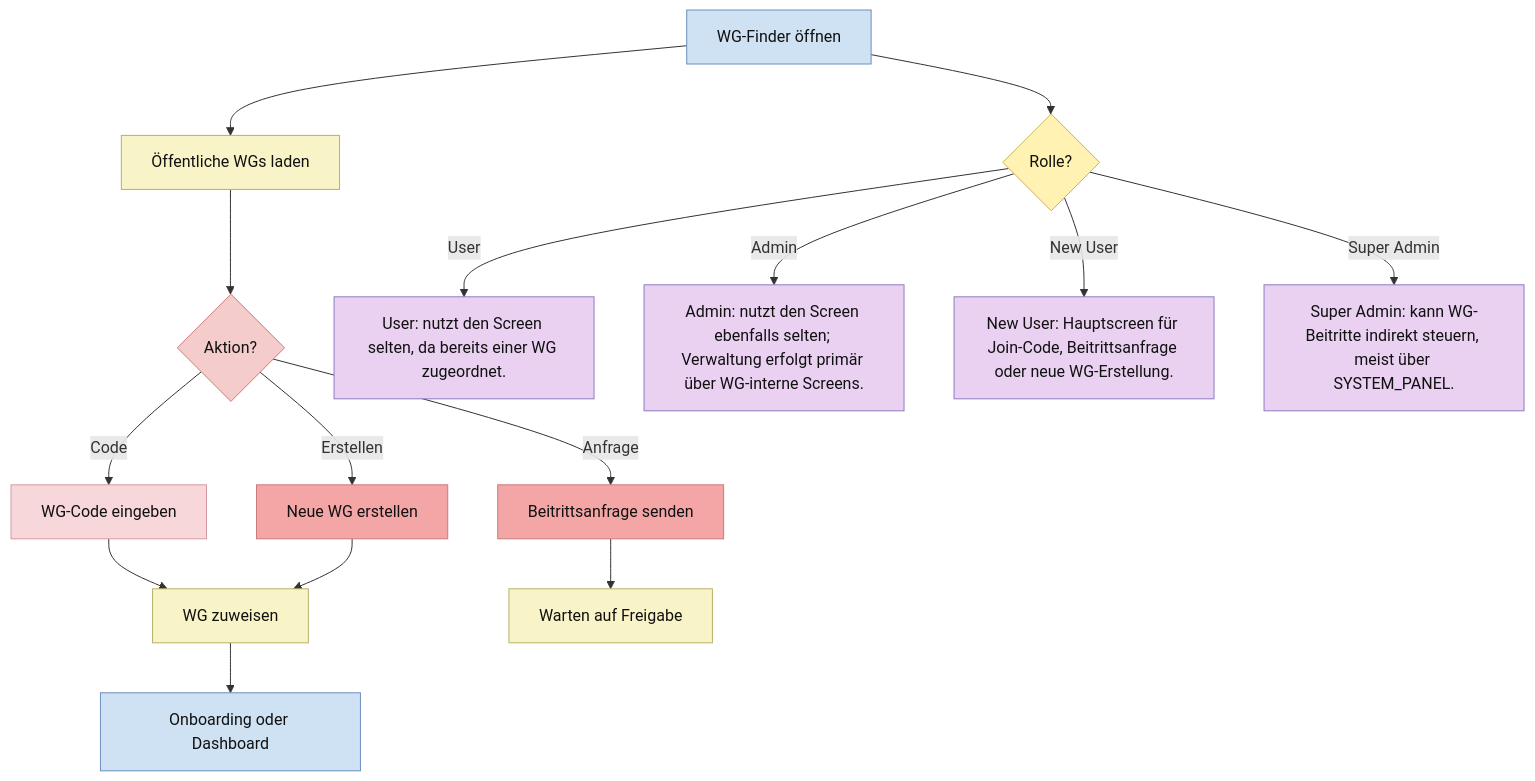
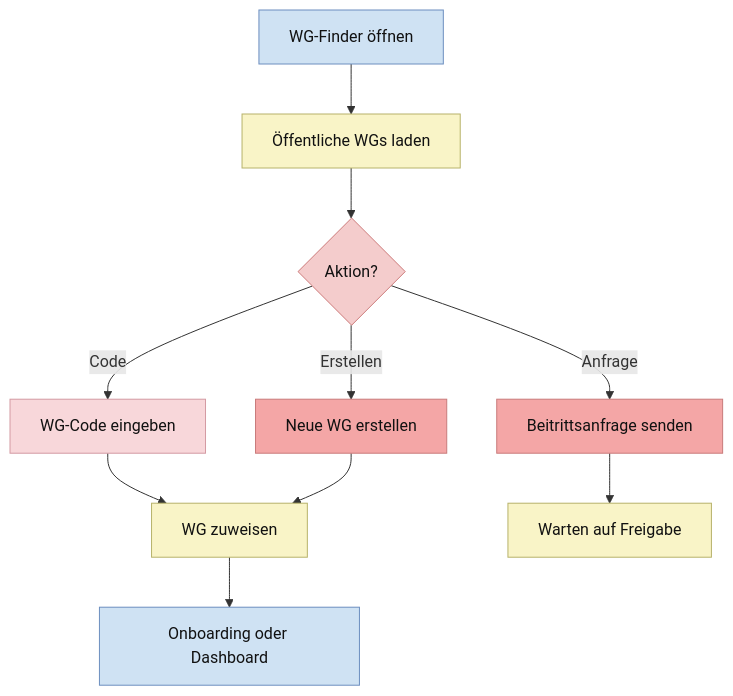
Before and after one commit to Nejy190501/WGManager: the ninth of 27 diagrams in ABLAUFDIAGRAMM.md, drawn with Mermaid. The commit also changed other lines of this file, not shown here.

````diff
--- a/ABLAUFDIAGRAMM.md
+++ b/ABLAUFDIAGRAMM.md
@@ -486,39 +395,26 @@
 ```mermaid
 flowchart TD
     A["WG-Finder öffnen"] --> B["Öffentliche WGs laden"]
     B --> C{"Aktion?"}
     C -->|Code| D["WG-Code eingeben"]
     C -->|Anfrage| E["Beitrittsanfrage senden"]
     C -->|Erstellen| F["Neue WG erstellen"]
     D --> G["WG zuweisen"]
     F --> G
     E --> H["Warten auf Freigabe"]
     G --> I["Onboarding oder Dashboard"]
-
-
-    A --> RLQ{"Rolle?"}
-    RLU["User: nutzt den Screen selten, da bereits einer WG zugeordnet."]
-    RLA["Admin: nutzt den Screen ebenfalls selten; Verwaltung erfolgt primär über WG-interne Screens."]
-    RLN["New User: Hauptscreen für Join-Code, Beitrittsanfrage oder neue WG-Erstellung."]
-    RLS["Super Admin: kann WG-Beitritte indirekt steuern, meist über SYSTEM_PANEL."]
-    RLQ -->|User| RLU
-    RLQ -->|Admin| RLA
-    RLQ -->|New User| RLN
-    RLQ -->|Super Admin| RLS
 
     classDef userAction fill:#ead1f2,stroke:#8e7cc3,color:#111;
     classDef systemAction fill:#f9f4c7,stroke:#b7b26a,color:#111;
     classDef userDecision fill:#f4cccc,stroke:#cc7a7a,color:#111;
     classDef systemDecision fill:#fff2b2,stroke:#c9b458,color:#111;
     classDef button fill:#f4a6a6,stroke:#c97b7b,color:#111;
     classDef userInput fill:#f8d7da,stroke:#d49aa2,color:#111;
     classDef screen fill:#cfe2f3,stroke:#6c8ebf,color:#111;
 
     class B,G,H systemAction;
     class C userDecision;
     class E,F button;
     class D userInput;
     class A,I screen;
-    class RLQ systemDecision;
-    class RLU,RLA,RLN,RLS userAction;
 ```
````
